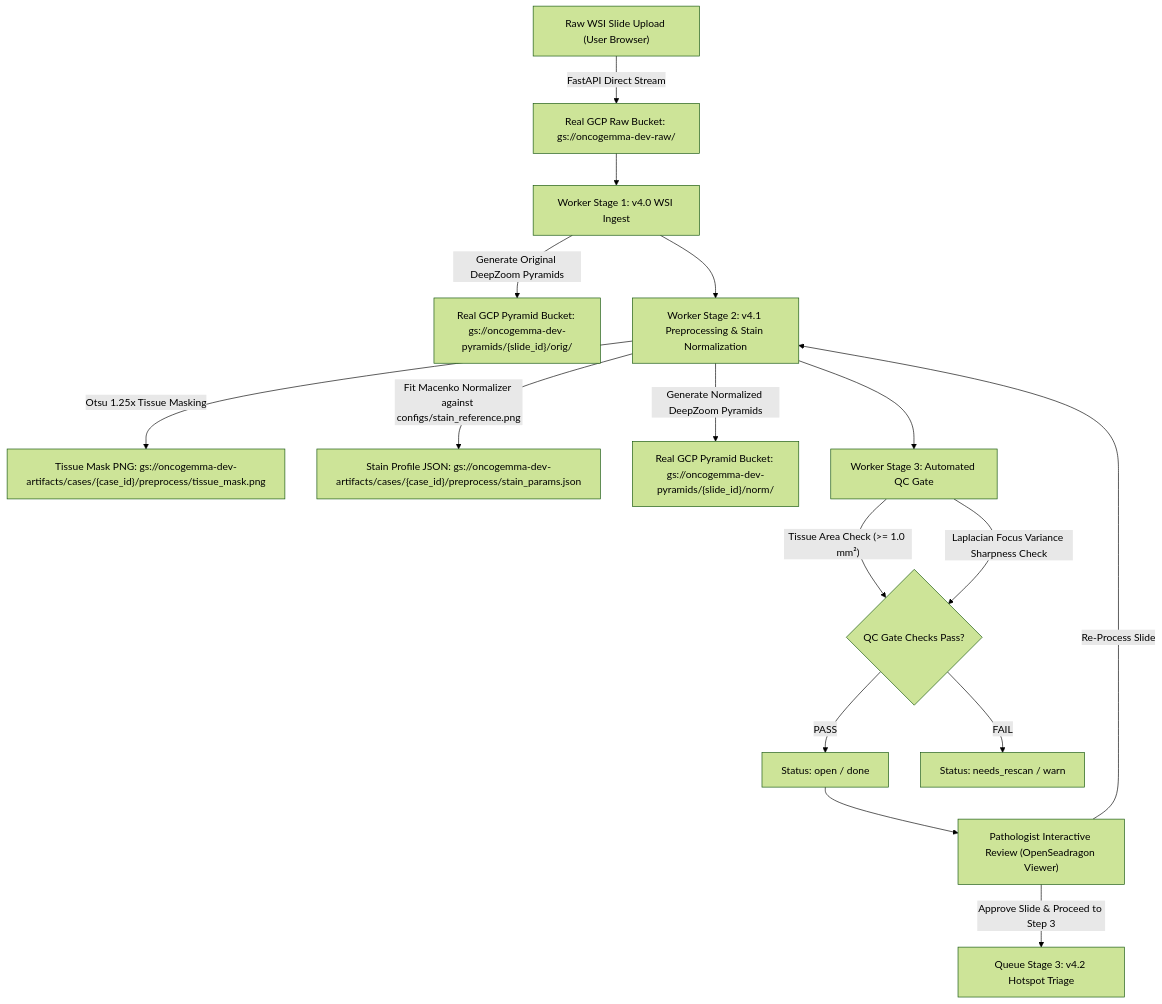
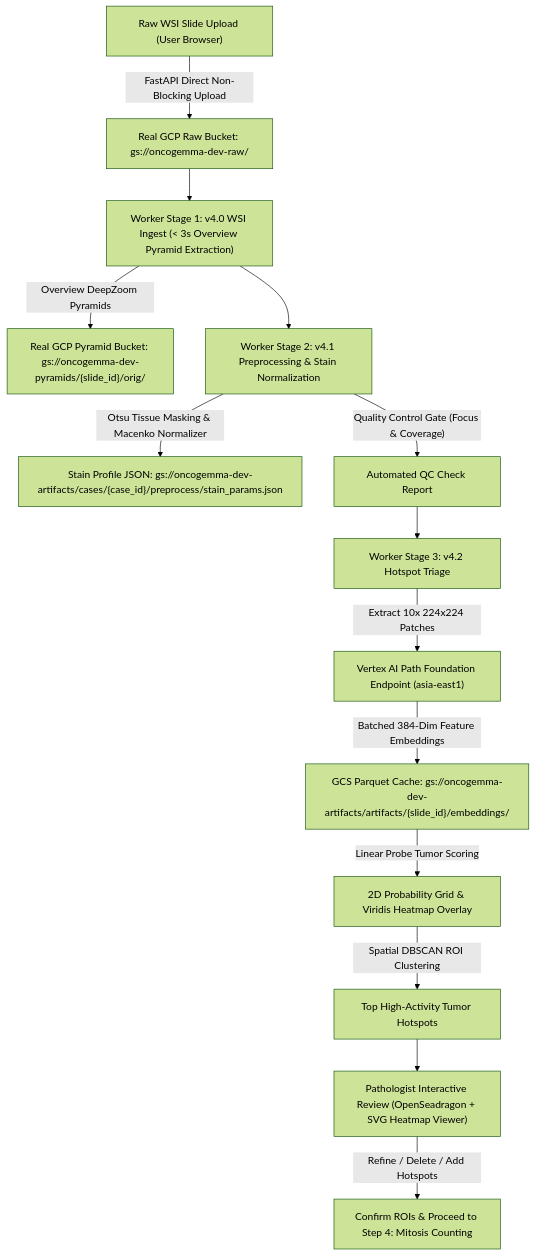
One commit to preshit-gupta/OncoGemma-v4 changed the diagram in README.md. Above: the diagram before and after it, drawn with Mermaid (forest theme). The commit also changed other lines of this file and 26 other files, not shown here.

Commit message:
feat(v4.2): Implement Stage v4.2 Hotspot Triage & GCP Vertex AI Path Foundation model integration

````diff
--- a/README.md
+++ b/README.md
@@ -13,21 +13,19 @@
 ```mermaid
 flowchart TD
-    A["Raw WSI Slide Upload (User Browser)"] -->|"FastAPI Direct Stream"| B["Real GCP Raw Bucket: gs://oncogemma-dev-raw/"]
-    B --> C["Worker Stage 1: v4.0 WSI Ingest"]
-    C -->|"Generate Original DeepZoom Pyramids"| D["Real GCP Pyramid Bucket: gs://oncogemma-dev-pyramids/{slide_id}/orig/"]
+    A["Raw WSI Slide Upload (User Browser)"] -->|"FastAPI Direct Non-Blocking Upload"| B["Real GCP Raw Bucket: gs://oncogemma-dev-raw/"]
+    B --> C["Worker Stage 1: v4.0 WSI Ingest (< 3s Overview Pyramid Extraction)"]
+    C -->|"Overview DeepZoom Pyramids"| D["Real GCP Pyramid Bucket: gs://oncogemma-dev-pyramids/{slide_id}/orig/"]
     
     C --> E["Worker Stage 2: v4.1 Preprocessing & Stain Normalization"]
-    E -->|"Otsu 1.25x Tissue Masking"| F["Tissue Mask PNG: gs://oncogemma-dev-artifacts/cases/{case_id}/preprocess/tissue_mask.png"]
-    E -->|"Fit Macenko Normalizer against configs/stain_reference.png"| G["Stain Profile JSON: gs://oncogemma-dev-artifacts/cases/{case_id}/preprocess/stain_params.json"]
-    E -->|"Generate Normalized DeepZoom Pyramids"| H["Real GCP Pyramid Bucket: gs://oncogemma-dev-pyramids/{slide_id}/norm/"]
+    E -->|"Otsu Tissue Masking & Macenko Normalizer"| F["Stain Profile JSON: gs://oncogemma-dev-artifacts/cases/{case_id}/preprocess/stain_params.json"]
+    E -->|"Quality Control Gate (Focus & Coverage)"| G["Automated QC Check Report"]
 
-    E --> I["Worker Stage 3: Automated QC Gate"]
-    I -->|"Tissue Area Check (>= 1.0 mm²)"| J{"QC Gate Checks Pass?"}
-    I -->|"Laplacian Focus Variance Sharpness Check"| J
-    J -->|"PASS"| K["Status: open / done"]
-    J -->|"FAIL"| L["Status: needs_rescan / warn"]
+    G --> H["Worker Stage 3: v4.2 Hotspot Triage"]
+    H -->|"Extract 10x 224x224 Patches"| I["Vertex AI Path Foundation Endpoint (asia-east1)"]
+    I -->|"Batched 384-Dim Feature Embeddings"| J["GCS Parquet Cache: gs://oncogemma-dev-artifacts/artifacts/{slide_id}/embeddings/"]
+    J -->|"Linear Probe Tumor Scoring"| K["2D Probability Grid & Viridis Heatmap Overlay"]
+    K -->|"Spatial DBSCAN ROI Clustering"| L["Top High-Activity Tumor Hotspots"]
 
-    K --> M["Pathologist Interactive Review (OpenSeadragon Viewer)"]
-    M -->|"Re-Process Slide"| E
-    M -->|"Approve Slide & Proceed to Step 3"| N["Queue Stage 3: v4.2 Hotspot Triage"]
+    L --> M["Pathologist Interactive Review (OpenSeadragon + SVG Heatmap Viewer)"]
+    M -->|"Refine / Delete / Add Hotspots"| N["Confirm ROIs & Proceed to Step 4: Mitosis Counting"]
 ```
````
